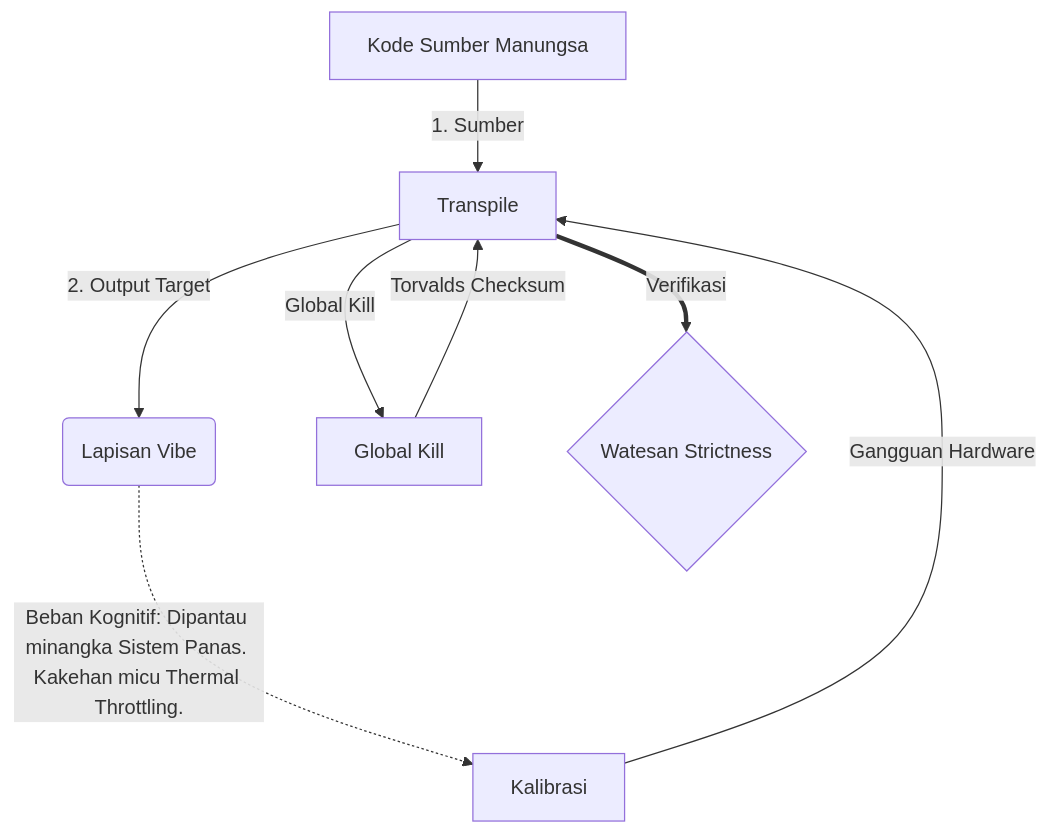
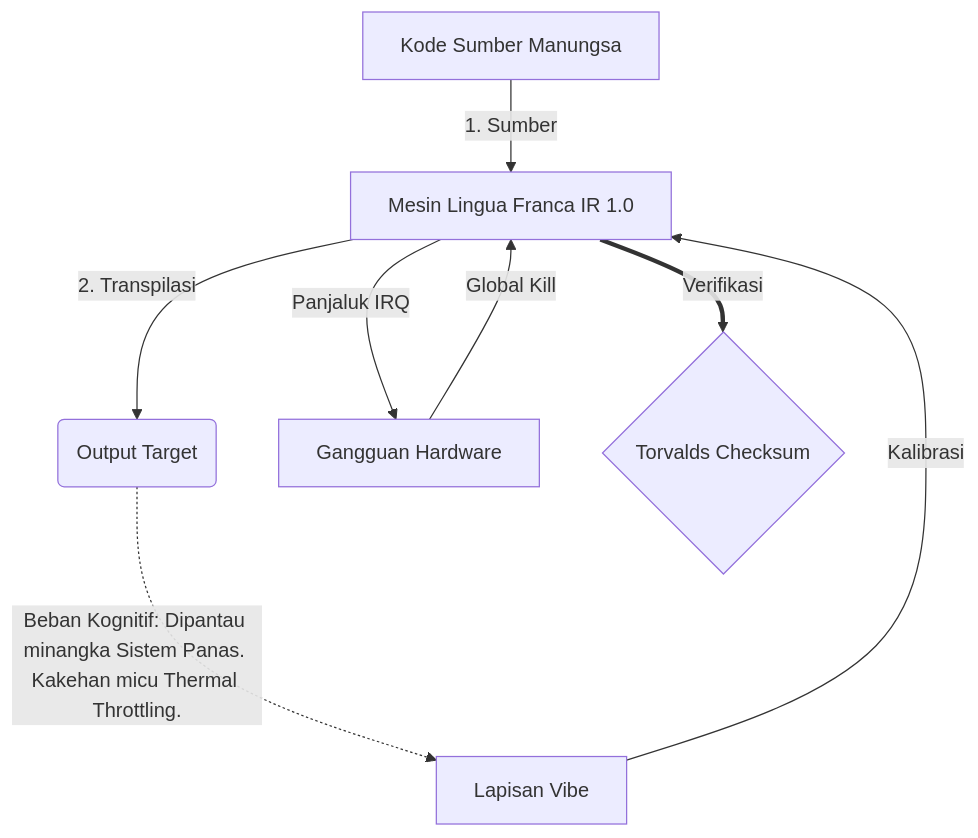
One commit to 0compute/machine changed the diagram in README.hacker.jv.md. Above: the diagram before and after it, drawn with Mermaid. The commit also changed other lines of this file and 103 other files, not shown here.

````diff
--- a/README.hacker.jv.md
+++ b/README.hacker.jv.md
@@ -93,10 +93,10 @@
 ```mermaid
 graph TD
-    A[Kode Sumber Manungsa] -->|1. Sumber| B[Transpile]
-    B -->|2. Output Target| C(Lapisan Vibe)
-    C -.->|Beban Kognitif: Dipantau minangka Sistem Panas. Kakehan micu Thermal Throttling.| G[Kalibrasi]
-    G -->|Gangguan Hardware| B
-    B -->|Global Kill| H[Global Kill]
-    H -->|Torvalds Checksum| B
-    B == Verifikasi ==> I{Watesan Strictness}
+    A[Kode Sumber Manungsa] -->|1. Sumber| B[Mesin Lingua Franca IR 1.0]
+    B -->|2. Transpilasi| C(Output Target)
+    C -.->|Beban Kognitif: Dipantau minangka Sistem Panas. Kakehan micu Thermal Throttling.| G[Lapisan Vibe]
+    G -->|Kalibrasi| B
+    B -->|Panjaluk IRQ| H[Gangguan Hardware]
+    H -->|Global Kill| B
+    B == Verifikasi ==> I{Torvalds Checksum}
 ```
````
